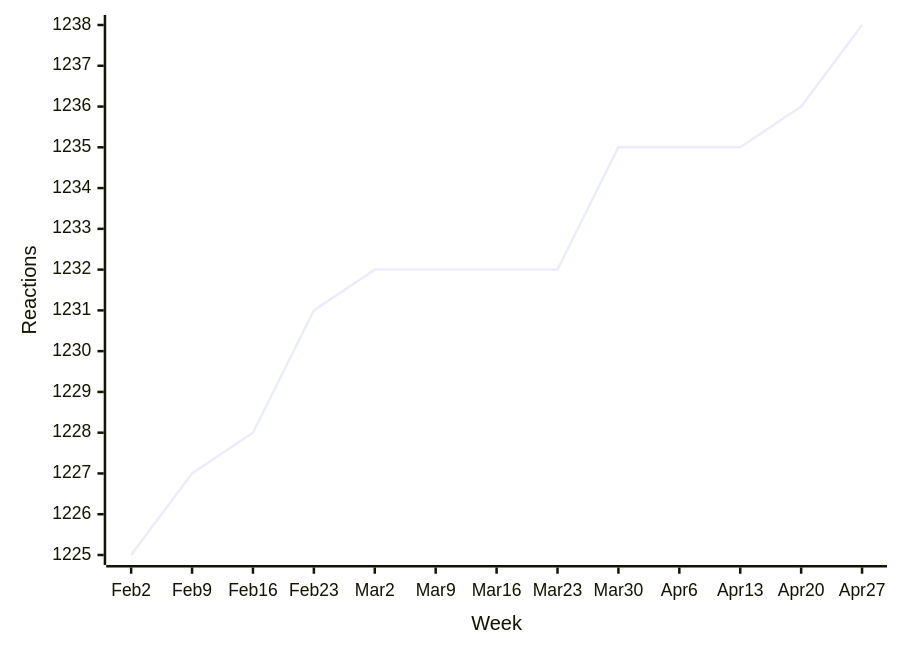
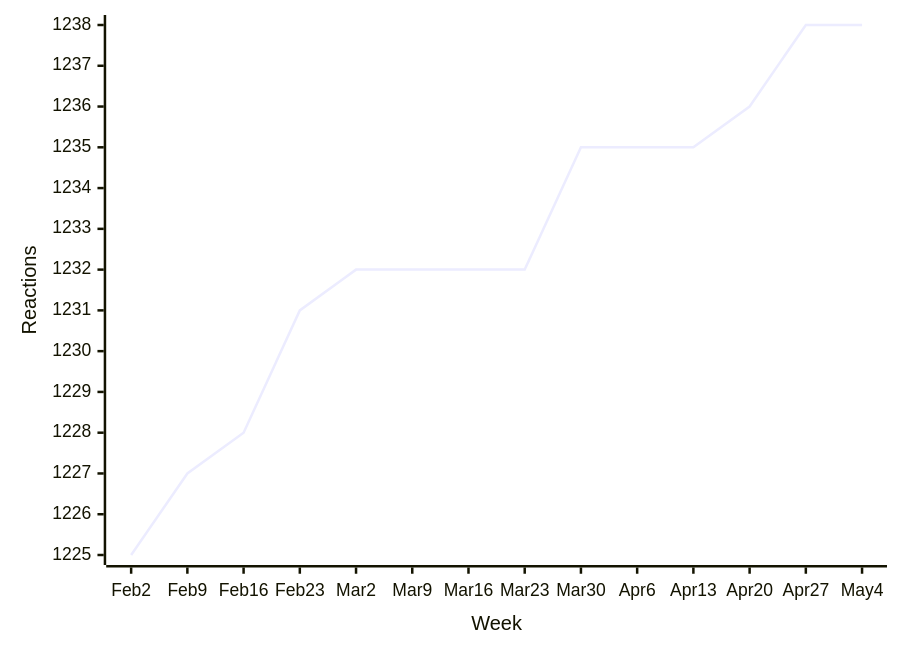
One commit to loic-sharma/github-insights changed diagram 13 of 56 in README.md. Above: the diagram before and after it, drawn with Mermaid. The commit also changed other lines of this file and 3 other files, not shown here.

````diff
--- a/README.md
+++ b/README.md
@@ -543,6 +543,6 @@
   ```mermaid
   xychart-beta
-    x-axis "Week" [Feb 2, Feb 9, Feb 16, Feb 23, Mar 2, Mar 9, Mar 16, Mar 23, Mar 30, Apr 6, Apr 13, Apr 20, Apr 27]
+    x-axis "Week" [Feb 2, Feb 9, Feb 16, Feb 23, Mar 2, Mar 9, Mar 16, Mar 23, Mar 30, Apr 6, Apr 13, Apr 20, Apr 27, May 4]
     y-axis "Reactions"
-    line [1225, 1227, 1228, 1231, 1232, 1232, 1232, 1232, 1235, 1235, 1235, 1236, 1238]
+    line [1225, 1227, 1228, 1231, 1232, 1232, 1232, 1232, 1235, 1235, 1235, 1236, 1238, 1238]
   ```
````
